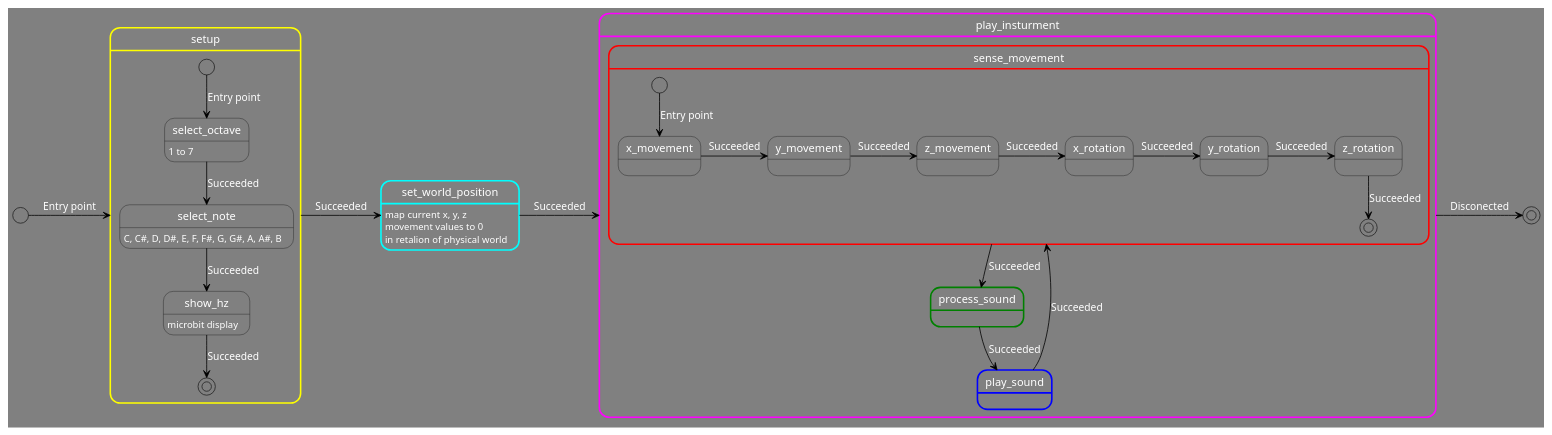
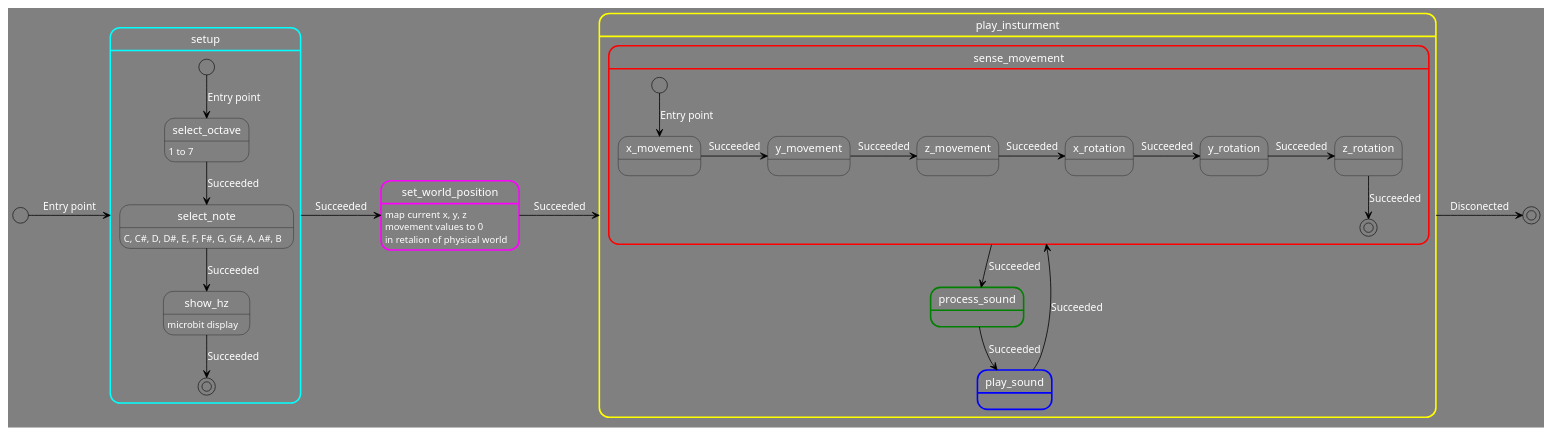
One commit to jfUPB/bitacorassfi12024-10-LemurWater changed the diagram in Unidad3/state_machine.puml. Above: the diagram before and after it, drawn with PlantUML.

```diff
--- a/Unidad3/state_machine.puml
+++ b/Unidad3/state_machine.puml
@@ -1,69 +1,69 @@
 @startuml
 
 scale 1920 width
 
 <style>
 stateDiagram {
   BackgroundColor grey
   'LineColor white
   FontName Impact
   FontColor white
   arrow {
     FontSize 13
     LineColor black
   }
 }
 </style>
 
 
 
 [*] -> setup : Entry point
 
-state setup ##[bold]yellow {
+state setup ##[bold]cyan {
  [*] --> select_octave : Entry point
  select_octave: 1 to 7
  select_octave --> select_note : Succeeded
  select_note: C, C#, D, D#, E, F, F#, G, G#, A, A#, B
  select_note --> show_hz : Succeeded
  show_hz: microbit display
  show_hz --> [*] : Succeeded
 }
 setup -> set_world_position : Succeeded
 
 
-state set_world_position ##[bold]cyan {
+state set_world_position ##[bold]magenta {
  set_world_position: map current x, y, z
  set_world_position: movement values to 0
  set_world_position: in retalion of physical world
 }
 set_world_position -> play_insturment : Succeeded
 
 
 
-state play_insturment ##[bold]magenta {
+state play_insturment ##[bold]yellow {
  state sense_movement ##[bold]red {
   [*] --> x_movement : Entry point
   x_movement -> y_movement: Succeeded
   y_movement -> z_movement: Succeeded
   z_movement -> x_rotation: Succeeded
   x_rotation -> y_rotation: Succeeded
   y_rotation -> z_rotation: Succeeded
   z_rotation --> [*]: Succeeded
  }
  sense_movement --> process_sound : Succeeded
  
 
 state process_sound ##[bold]green {
  }
  process_sound --> play_sound : Succeeded
  
 
 
 state play_sound ##[bold]blue {
  }
  play_sound --> sense_movement: Succeeded
 }
 
 play_insturment -> [*] : Disconected
 
 @enduml
```
